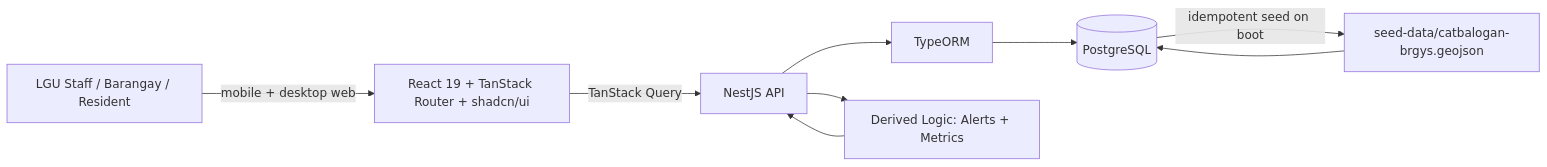
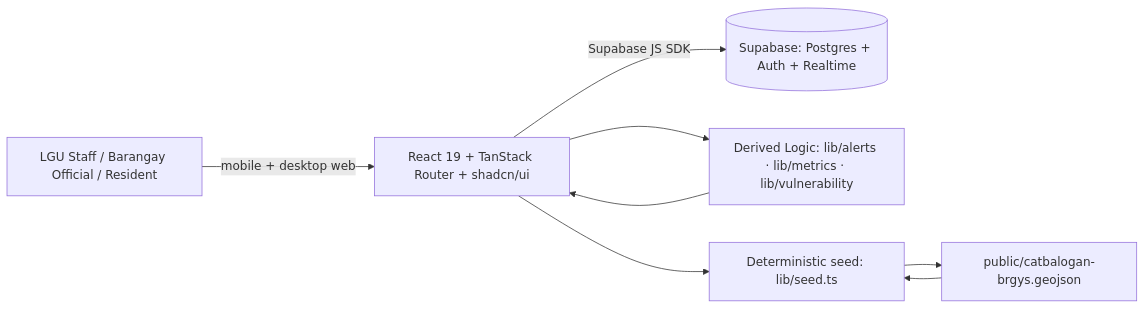
The diagram in docs/architecture.md (JoshuaPadilla/WellPoint), drawn with Mermaid before and after one commit. The commit also changed other lines of this file and 104 other files, not shown here.

````diff
--- a/docs/architecture.md
+++ b/docs/architecture.md
@@ -23,11 +24,10 @@
 ```mermaid
 flowchart LR
-  U[LGU Staff / Barangay / Resident] -->|mobile + desktop web| UI[React 19 + TanStack Router + shadcn/ui]
-  UI -->|TanStack Query| API[NestJS API]
-  API --> ORM[TypeORM]
-  ORM --> DB[(PostgreSQL)]
-  API --> DER[Derived Logic: Alerts + Metrics]
-  DER --> API
-  DB -->|idempotent seed on boot| GEO[seed-data/catbalogan-brgys.geojson]
-  GEO --> DB
+  U[LGU Staff / Barangay Official / Resident] -->|mobile + desktop web| UI[React 19 + TanStack Router + shadcn/ui]
+  UI -->|Supabase JS SDK| SB[(Supabase: Postgres + Auth + Realtime)]
+  UI --> DER[Derived Logic: lib/alerts · lib/metrics · lib/vulnerability]
+  DER --> UI
+  UI --> SEED[Deterministic seed: lib/seed.ts]
+  SEED --> GEO[public/catbalogan-brgys.geojson]
+  GEO --> SEED
 ```
````
